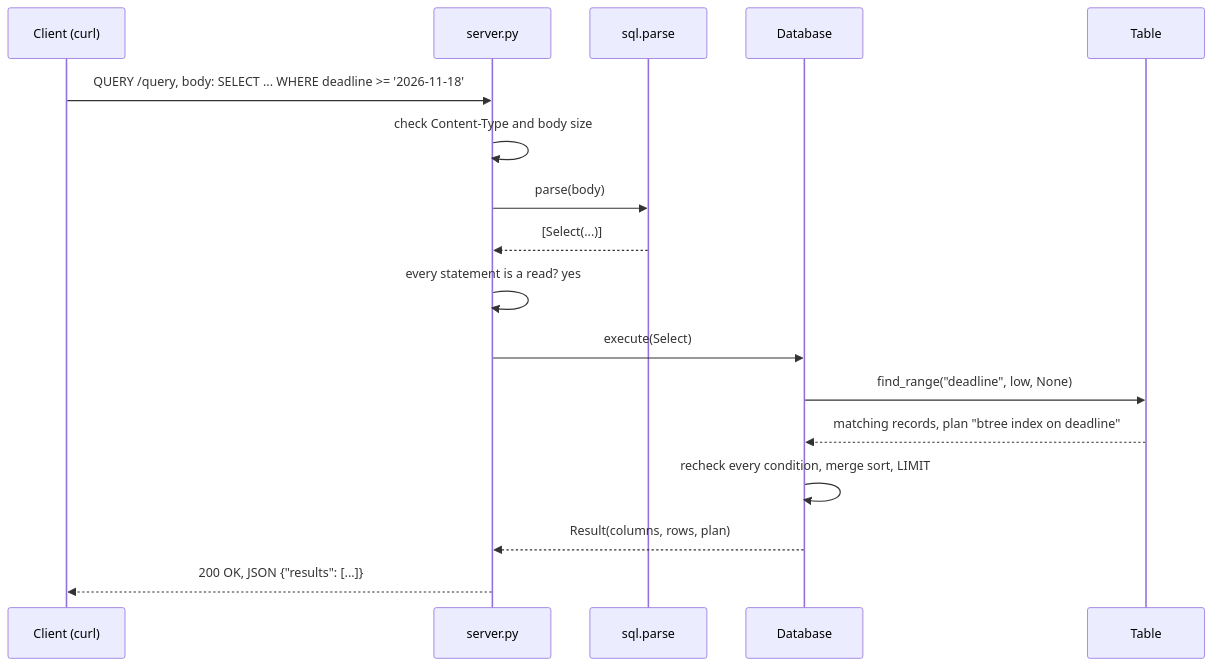
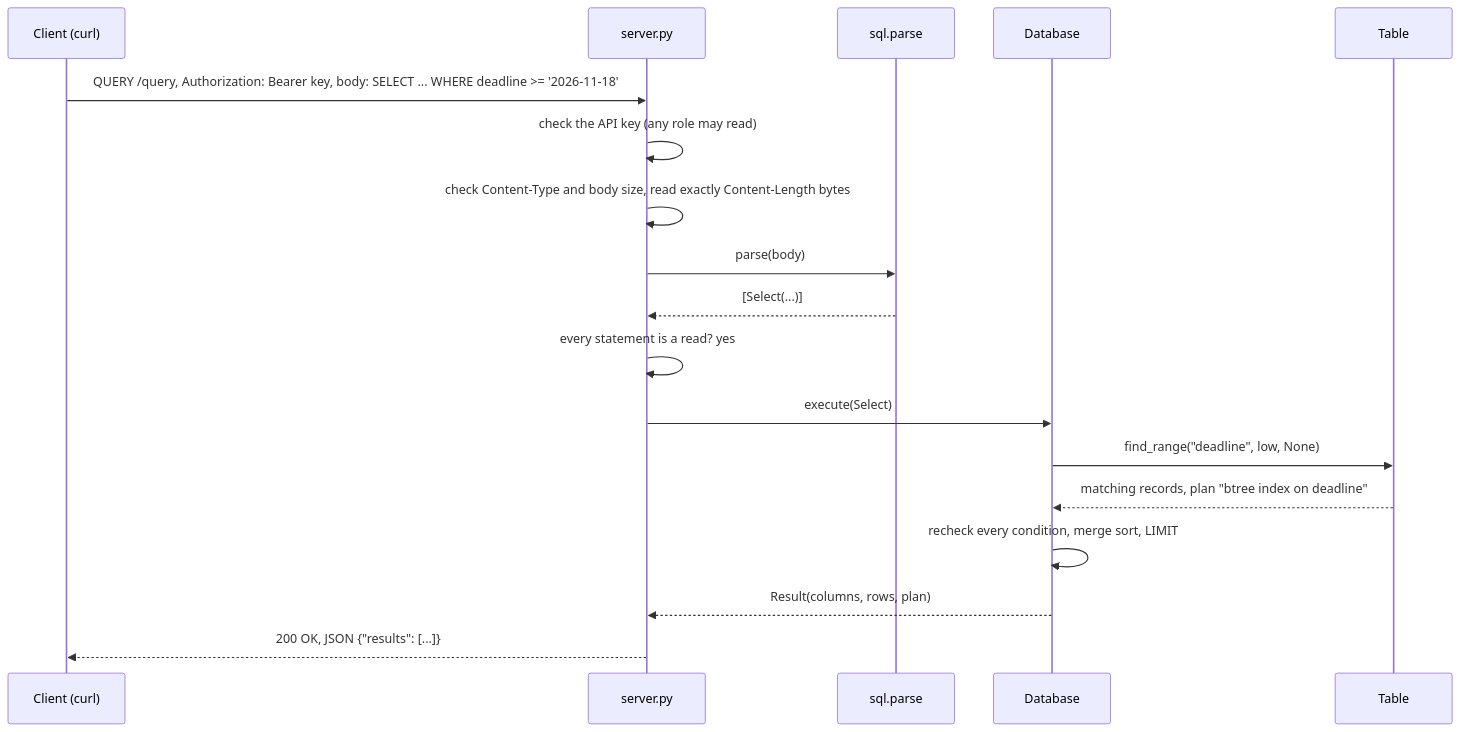
One commit to Navalene/tinydb changed the third of 5 diagrams in docs/architecture.md. Above: the diagram before and after it, drawn with Mermaid. The commit also changed other lines of this file and 21 other files, not shown here.

Commit message:
Phase 6: secure HTTP API with QUERY, API keys, hardening and encryption at rest

````diff
--- a/docs/architecture.md
+++ b/docs/architecture.md
@@ -143,20 +145,21 @@
 ```mermaid
 sequenceDiagram
     participant C as Client (curl)
     participant H as server.py
     participant P as sql.parse
     participant D as Database
     participant T as Table
 
-    C->>H: QUERY /query, body: SELECT ... WHERE deadline >= '2026-11-18'
-    H->>H: check Content-Type and body size
+    C->>H: QUERY /query, Authorization: Bearer key, body: SELECT ... WHERE deadline >= '2026-11-18'
+    H->>H: check the API key (any role may read)
+    H->>H: check Content-Type and body size, read exactly Content-Length bytes
     H->>P: parse(body)
     P-->>H: [Select(...)]
     H->>H: every statement is a read? yes
     H->>D: execute(Select)
     D->>T: find_range("deadline", low, None)
     T-->>D: matching records, plan "btree index on deadline"
     D->>D: recheck every condition, merge sort, LIMIT
     D-->>H: Result(columns, rows, plan)
     H-->>C: 200 OK, JSON {"results": [...]}
 ```
````
